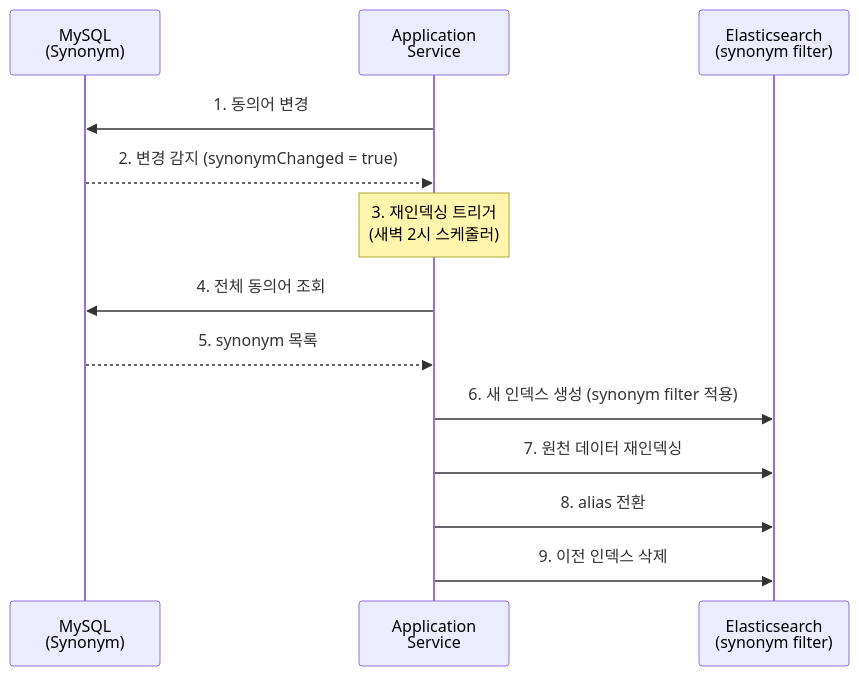
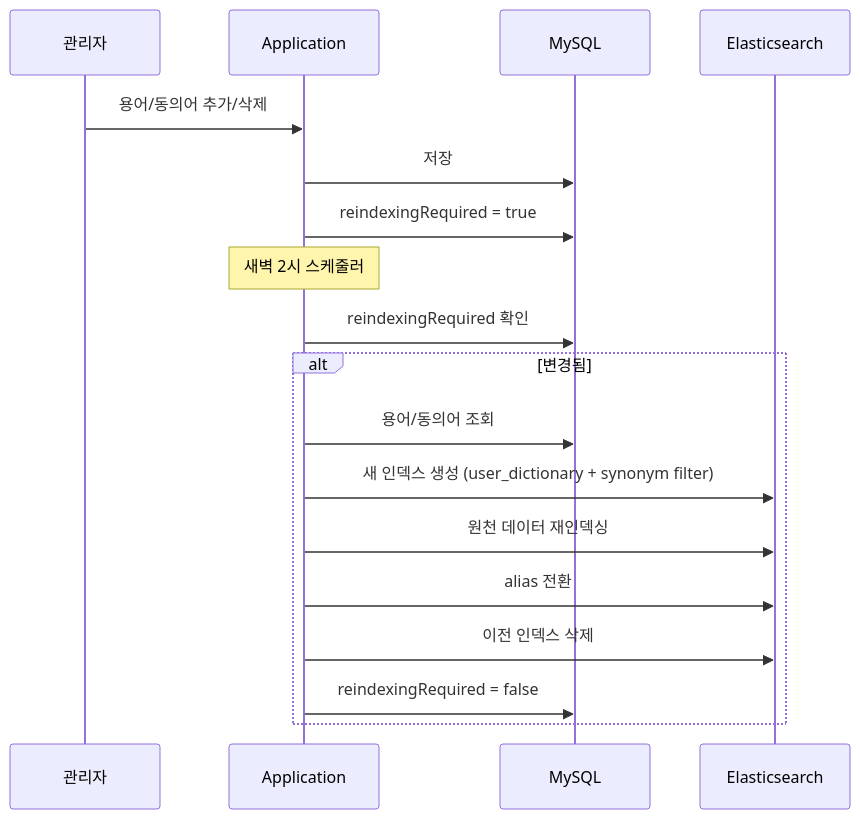
The second of 5 diagrams in docs/ARCHITECTURE.md (mkroo/termbase), drawn with Mermaid before and after one commit. The commit also changed other lines of this file and 1 other file, not shown here.

First line of the commit message:
docs: ARCHITECTURE.md 및 REQUIREMENTS.md 전면 재설계

````diff
--- a/docs/ARCHITECTURE.md
+++ b/docs/ARCHITECTURE.md
@@ -200,15 +418,20 @@
 ```mermaid
 sequenceDiagram
-    participant MySQL as MySQL<br/>(Synonym)
-    participant App as Application<br/>Service
-    participant ES as Elasticsearch<br/>(synonym filter)
-    App ->> MySQL: 1. 동의어 변경
-    MySQL -->> App: 2. 변경 감지 (synonymChanged = true)
-    Note over App: 3. 재인덱싱 트리거<br/>(새벽 2시 스케줄러)
-    App ->> MySQL: 4. 전체 동의어 조회
-    MySQL -->> App: 5. synonym 목록
-    App ->> ES: 6. 새 인덱스 생성 (synonym filter 적용)
-    App ->> ES: 7. 원천 데이터 재인덱싱
-    App ->> ES: 8. alias 전환
-    App ->> ES: 9. 이전 인덱스 삭제
+    participant Admin as 관리자
+    participant App as Application
+    participant MySQL as MySQL
+    participant ES as Elasticsearch
+    Admin ->> App: 용어/동의어 추가/삭제
+    App ->> MySQL: 저장
+    App ->> MySQL: reindexingRequired = true
+    Note over App: 새벽 2시 스케줄러
+    App ->> MySQL: reindexingRequired 확인
+    alt 변경됨
+        App ->> MySQL: 용어/동의어 조회
+        App ->> ES: 새 인덱스 생성 (user_dictionary + synonym filter)
+        App ->> ES: 원천 데이터 재인덱싱
+        App ->> ES: alias 전환
+        App ->> ES: 이전 인덱스 삭제
+        App ->> MySQL: reindexingRequired = false
+    end
 ```
````
